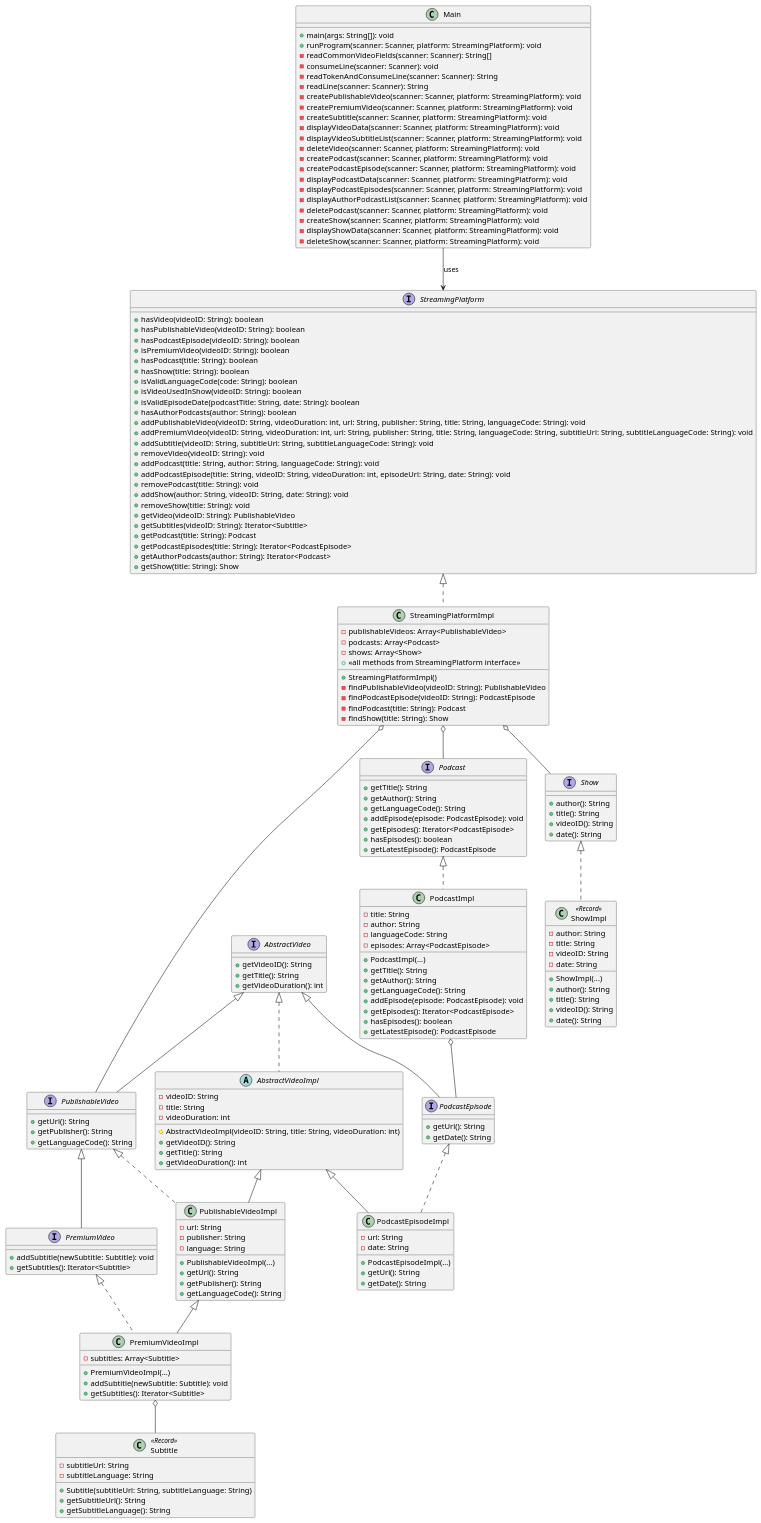
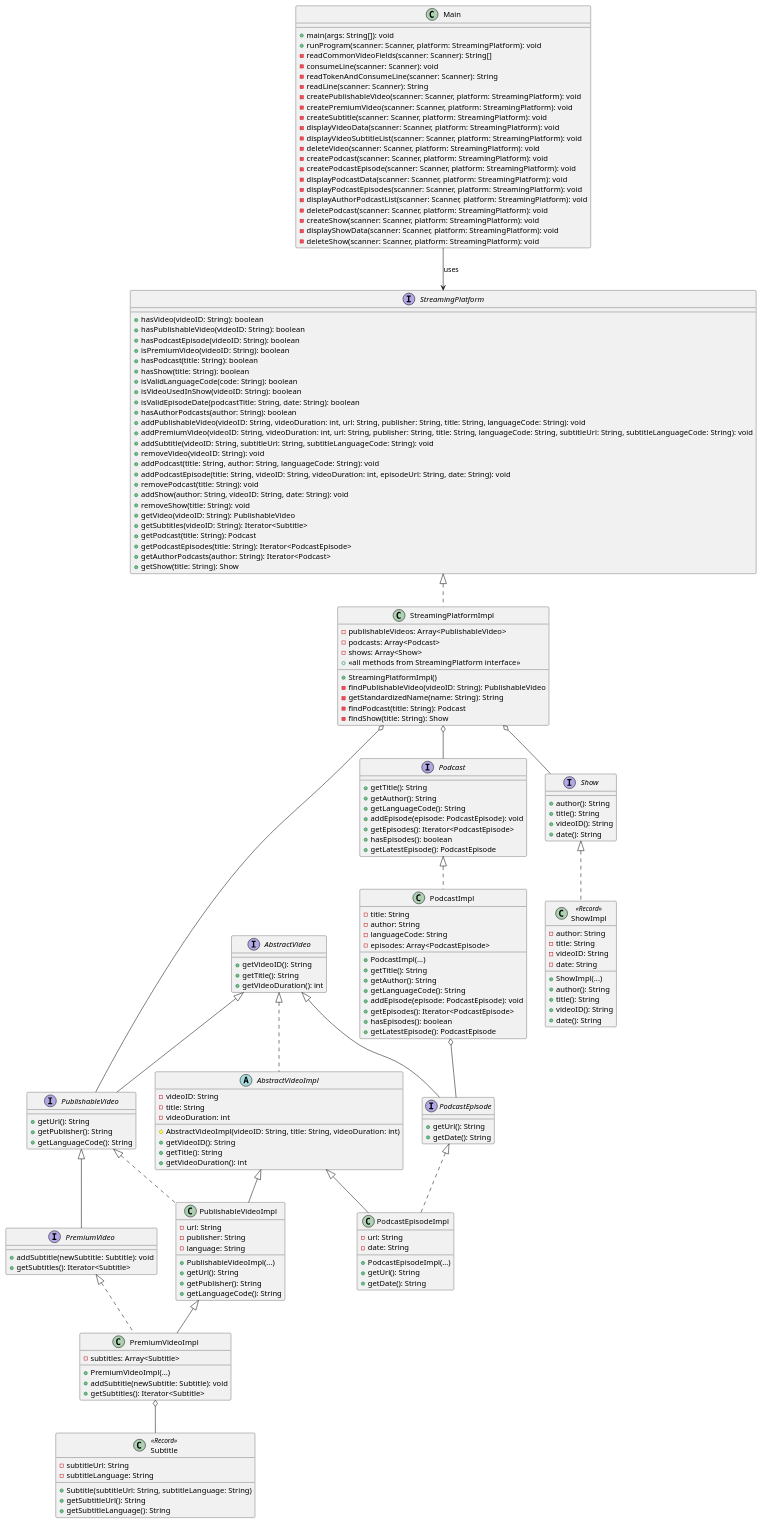
One commit to GCFDYT/YouVideo changed the diagram in src/diagram.puml. Above: the diagram before and after it, drawn with PlantUML. The commit also changed 3 other files, not shown here.

```diff
--- a/src/diagram.puml
+++ b/src/diagram.puml
@@ -1,5 +1,4 @@
 @startuml
-' We removed the "hide empty members" command so everything shows up now!
 
 ' --- Interfaces ---
 interface StreamingPlatform {
@@ -76,7 +75,7 @@
     - shows: Array<Show>
     + StreamingPlatformImpl()
     - findPublishableVideo(videoID: String): PublishableVideo
-    - findPodcastEpisode(videoID: String): PodcastEpisode
+    - getStandardizedName(name: String): String
     - findPodcast(title: String): Podcast
     - findShow(title: String): Show
     + << all methods from StreamingPlatform interface >>
```
